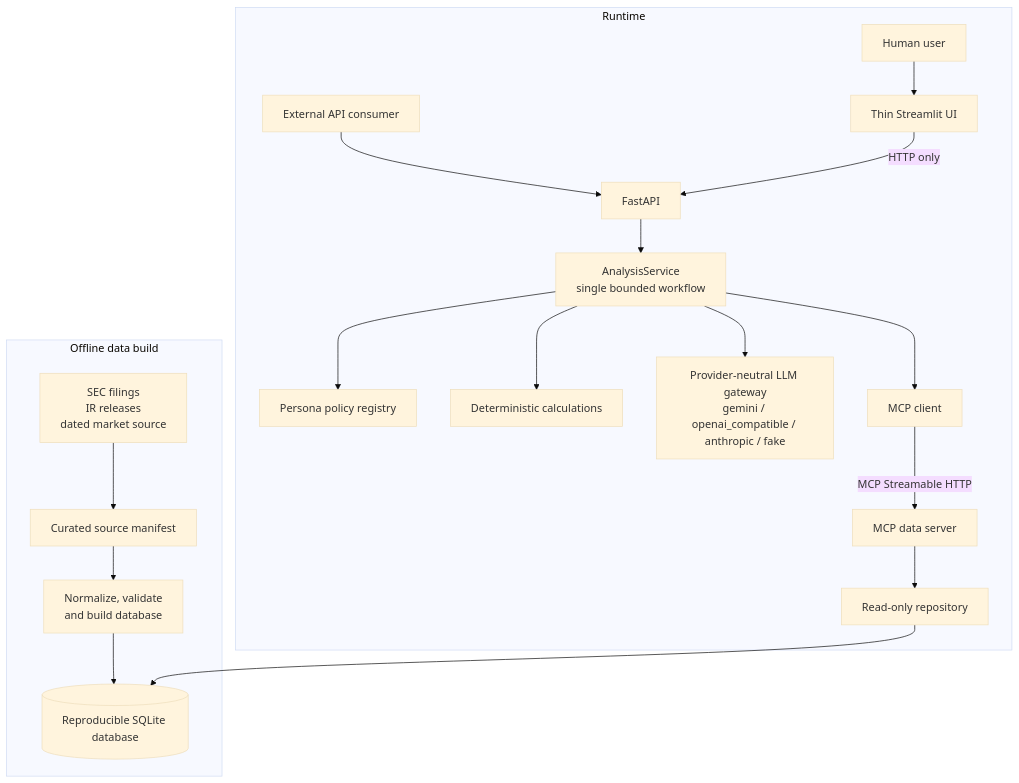
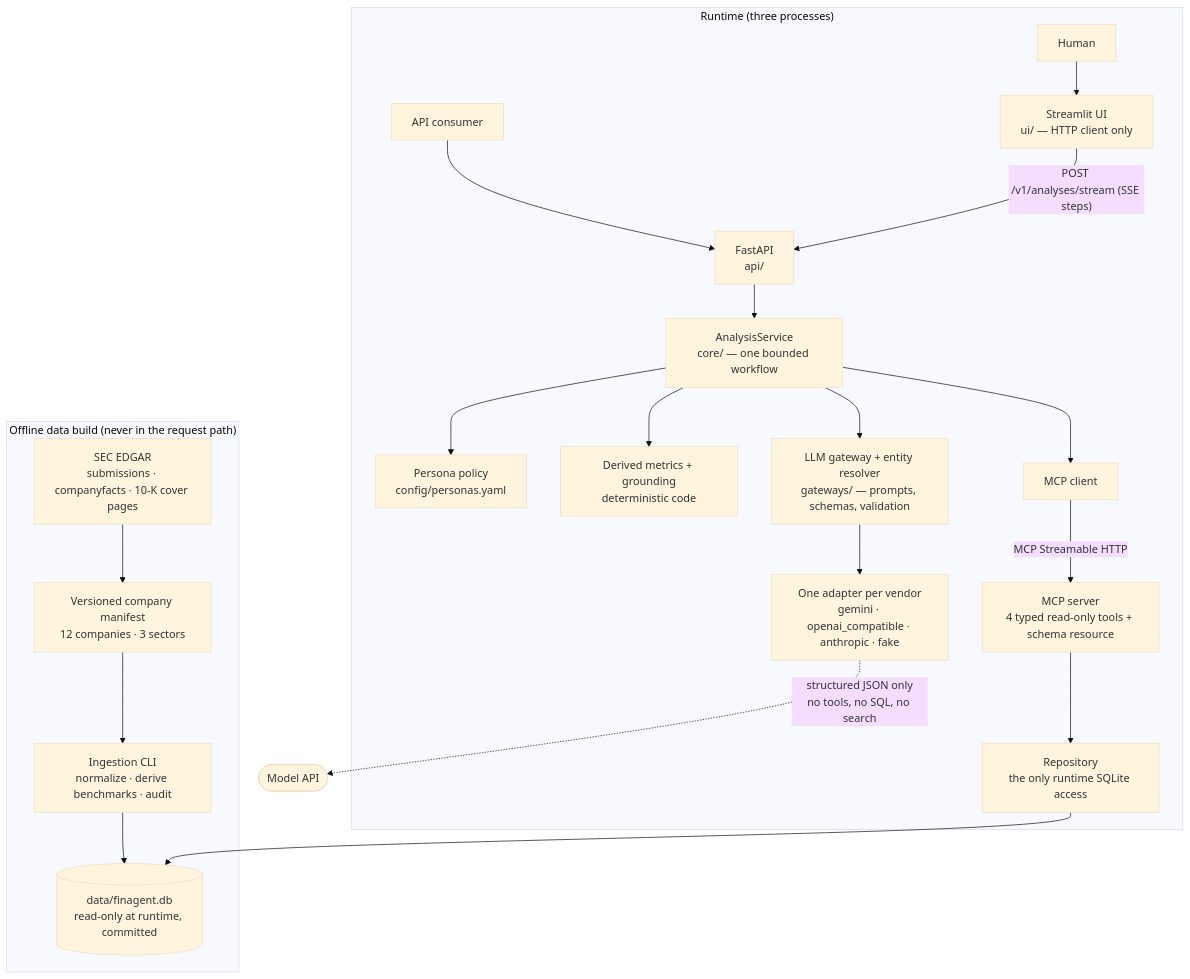
The second of 4 diagrams in docs/DESIGN.md (salujajaskeerat/FinAgent), drawn with Mermaid (base theme) before and after one commit. The commit also changed other lines of this file and 3 other files, not shown here.

First line of the commit message:
docs: consolidate diagrams with the shipped workflow

````diff
--- a/docs/DESIGN.md
+++ b/docs/DESIGN.md
@@ -97,27 +97,29 @@
 ```mermaid
 flowchart TB
-    subgraph BuildTime["Offline data build"]
-        Sources["SEC filings<br/>IR releases<br/>dated market source"]
-        Manifest["Curated source manifest"]
-        Builder["Normalize, validate<br/>and build database"]
-        DB[("Reproducible SQLite database")]
-
-        Sources --> Manifest
-        Manifest --> Builder
-        Builder --> DB
+    subgraph BuildTime["Offline data build (never in the request path)"]
+        EDGAR["SEC EDGAR<br/>submissions · companyfacts · 10-K cover pages"]
+        Manifest["Versioned company manifest<br/>12 companies · 3 sectors"]
+        Builder["Ingestion CLI<br/>normalize · derive benchmarks · audit"]
+        DB[("data/finagent.db<br/>read-only at runtime, committed")]
+        EDGAR --> Manifest --> Builder --> DB
     end
 
-    subgraph Runtime["Runtime"]
-        Human["Human user"] --> UI["Thin Streamlit UI"]
-        Consumer["External API consumer"] --> API["FastAPI"]
-        UI -->|"HTTP only"| API
-        API --> Agent["AnalysisService<br/>single bounded workflow"]
-        Agent --> Policy["Persona policy registry"]
-        Agent --> Calculator["Deterministic calculations"]
-        Agent --> LLM["Provider-neutral LLM gateway<br/>gemini / openai_compatible / anthropic / fake"]
+    subgraph Runtime["Runtime (three processes)"]
+        Human["Human"] --> UI["Streamlit UI<br/>ui/ — HTTP client only"]
+        Consumer["API consumer"] --> API
+        UI -->|"POST /v1/analyses/stream (SSE steps)"| API["FastAPI<br/>api/"]
+        API --> Agent["AnalysisService<br/>core/ — one bounded workflow"]
+
+        Agent --> Policy["Persona policy<br/>config/personas.yaml"]
+        Agent --> Derived["Derived metrics + grounding<br/>deterministic code"]
+        Agent --> Gateway["LLM gateway + entity resolver<br/>gateways/ — prompts, schemas, validation"]
+        Gateway --> Providers["One adapter per vendor<br/>gemini · openai_compatible · anthropic · fake"]
         Agent --> MCPClient["MCP client"]
-        MCPClient -->|"MCP Streamable HTTP"| MCPServer["MCP data server"]
-        MCPServer --> Repository["Read-only repository"]
-        Repository --> DB
+
+        MCPClient -->|"MCP Streamable HTTP"| MCPServer["MCP server<br/>4 typed read-only tools + schema resource"]
+        MCPServer --> Repo["Repository<br/>the only runtime SQLite access"]
+        Repo --> DB
     end
+
+    Providers -.->|"structured JSON only<br/>no tools, no SQL, no search"| LLM(["Model API"])
 ```
````
